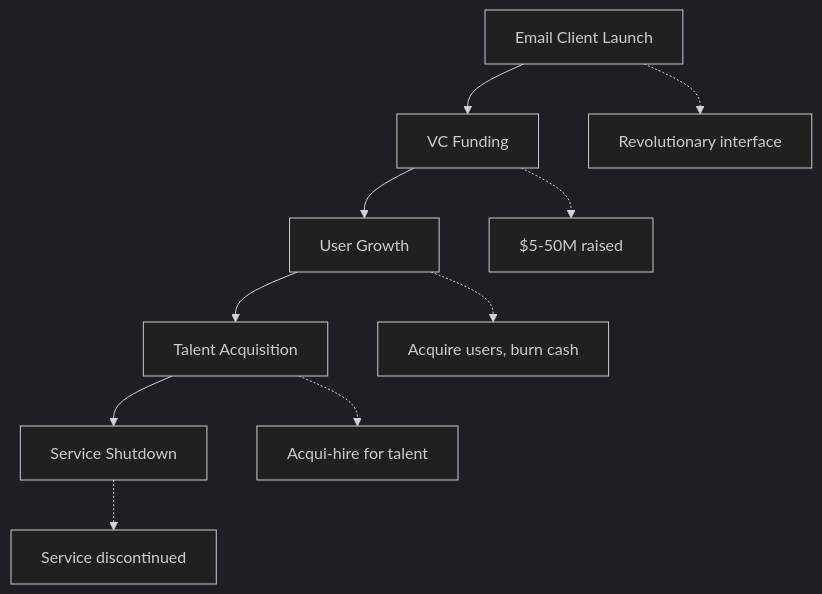
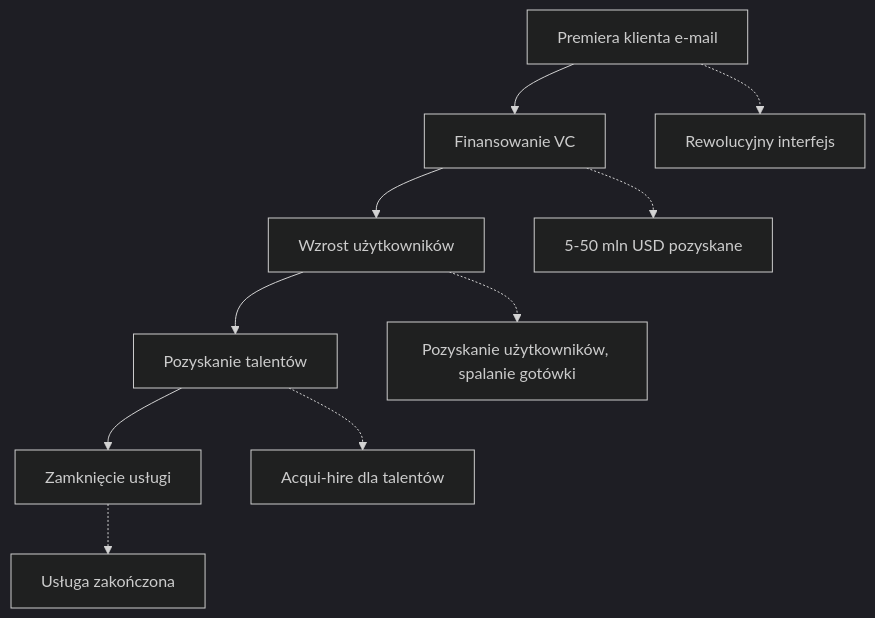
The fifth of 10 diagrams in app/views/docs/email-startup-graveyard-why-80-percent-email-companies-fail/index-pl.md (forwardemail/forwardemail.net), drawn with Mermaid (dark theme) before and after one commit. The commit also changed other lines of this file and 1055 other files, not shown here.

````diff
--- a/app/views/docs/email-startup-graveyard-why-80-percent-email-companies-fail/index-pl.md
+++ b/app/views/docs/email-startup-graveyard-why-80-percent-email-companies-fail/index-pl.md
@@ -338,13 +339,13 @@
 ```mermaid
 flowchart TD
-    A[Email Client Launch] --> B[VC Funding]
-    B --> C[User Growth]
-    C --> D[Talent Acquisition]
-    D --> E[Service Shutdown]
+    A[Premiera klienta e-mail] --> B[Finansowanie VC]
+    B --> C[Wzrost użytkowników]
+    C --> D[Pozyskanie talentów]
+    D --> E[Zamknięcie usługi]
 
-    A -.-> A1["Revolutionary interface"]
-    B -.-> B1["$5-50M raised"]
-    C -.-> C1["Acquire users, burn cash"]
-    D -.-> D1["Acqui-hire for talent"]
-    E -.-> E1["Service discontinued"]
+    A -.-> A1["Rewolucyjny interfejs"]
+    B -.-> B1["5-50 mln USD pozyskane"]
+    C -.-> C1["Pozyskanie użytkowników, spalanie gotówki"]
+    D -.-> D1["Acqui-hire dla talentów"]
+    E -.-> E1["Usługa zakończona"]
 ```
````
